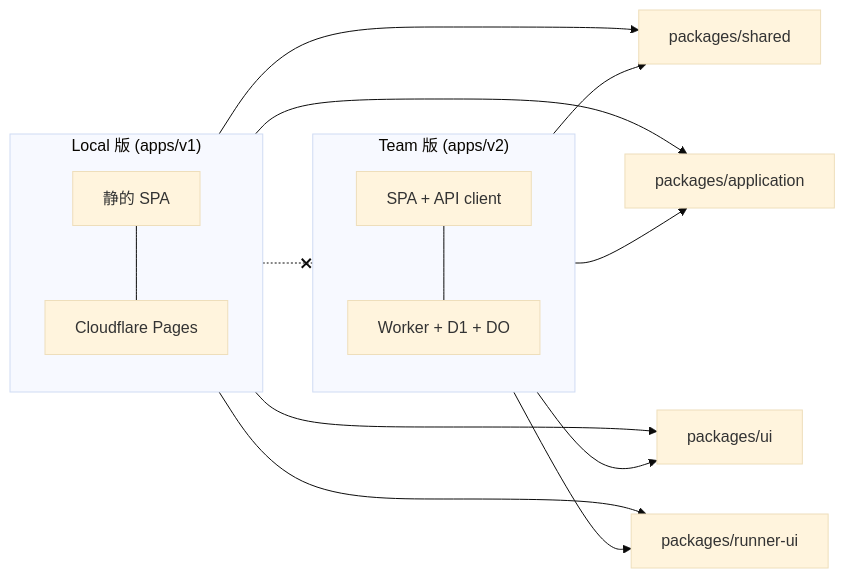
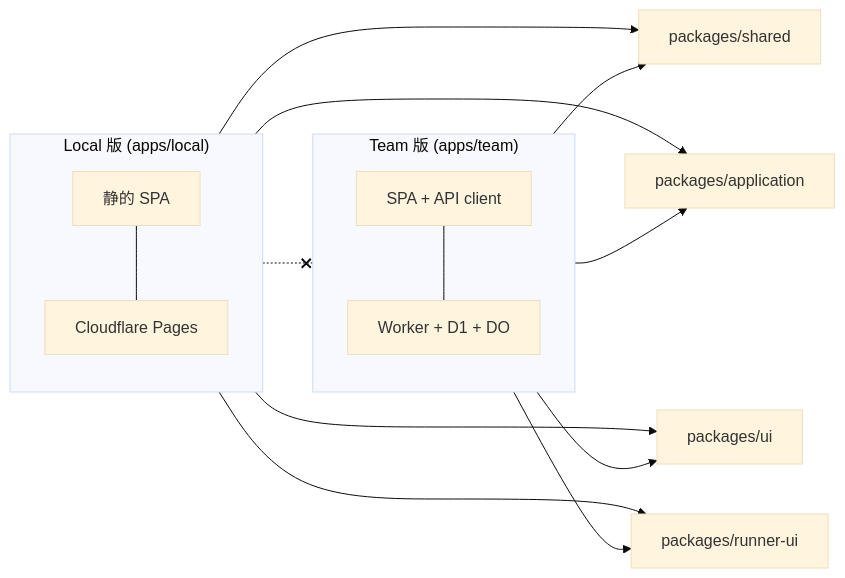
One commit to fuyuz/qarows changed the sixth of 6 diagrams in docs/architecture.md. Above: the diagram before and after it, drawn with Mermaid (base theme). The commit also changed other lines of this file and 235 other files, not shown here.

First line of the commit message:
Add Team bug attachments (R2) and rename v1/v2 to local/team.

````diff
--- a/docs/architecture.md
+++ b/docs/architecture.md
@@ -262,30 +262,30 @@
 ```mermaid
 flowchart LR
-  subgraph P1["Local 版 (apps/v1)"]
+  subgraph P1["Local 版 (apps/local)"]
     P1App["静的 SPA"]
     P1Pages["Cloudflare Pages"]
     P1App --- P1Pages
   end
 
-  subgraph P2["Team 版 (apps/v2)"]
+  subgraph P2["Team 版 (apps/team)"]
     P2App["SPA + API client"]
     P2Worker["Worker + D1 + DO"]
     P2App --- P2Worker
   end
 
   Shared["packages/shared"]
   AppPkg["packages/application"]
   UiPkg["packages/ui"]
   RunnerPkg["packages/runner-ui"]
 
   P1 --> Shared
   P2 --> Shared
   P1 --> AppPkg
   P2 --> AppPkg
   P1 --> UiPkg
   P2 --> UiPkg
   P1 --> RunnerPkg
   P2 --> RunnerPkg
 
   P1 -.-x P2
 ```
````
